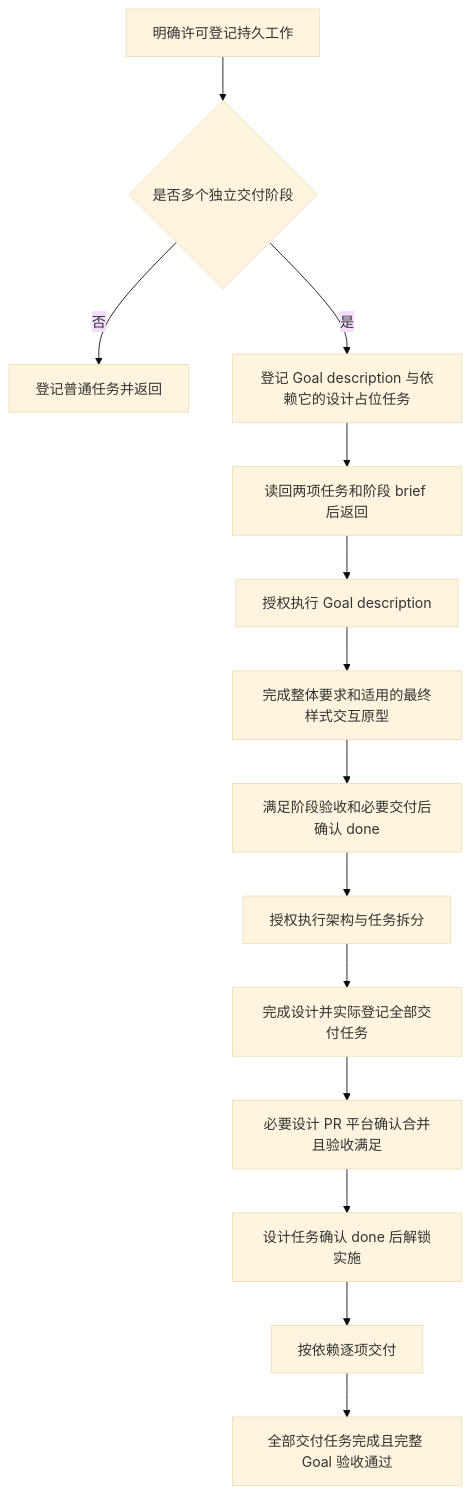
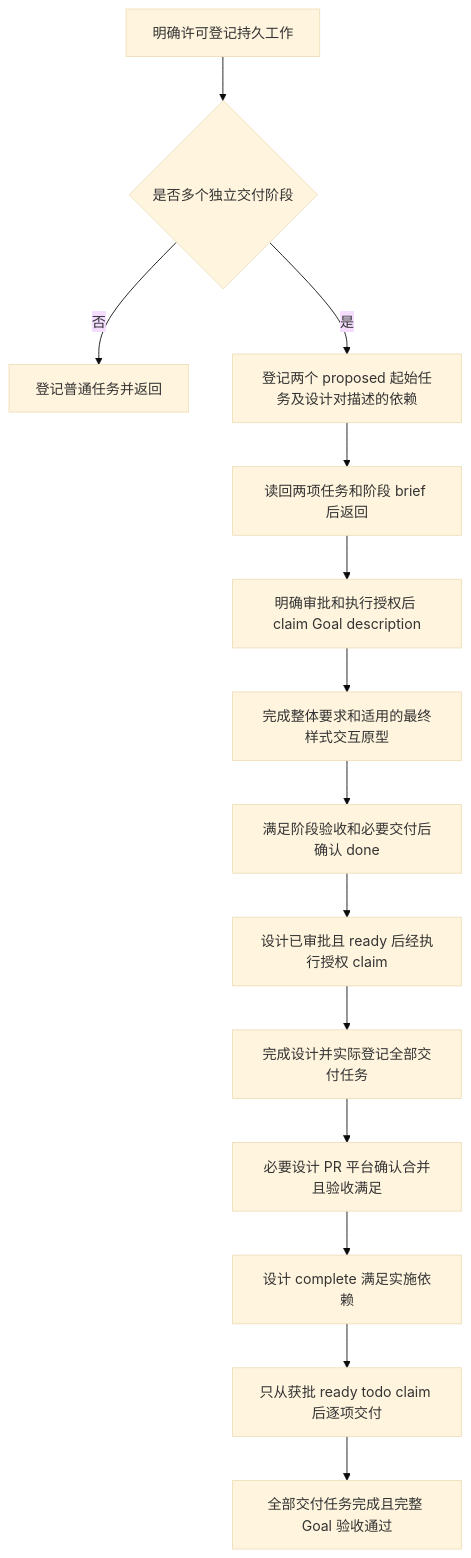
One commit to codetreker/day-night changed the diagram in docs/design/daynight-goal-workflow.md. Above: the diagram before and after it, drawn with Mermaid (base theme). The commit also changed other lines of this file and 140 other files, not shown here.

````diff
--- a/docs/design/daynight-goal-workflow.md
+++ b/docs/design/daynight-goal-workflow.md
@@ -44,16 +44,16 @@
 ```mermaid
 flowchart TD
     A[明确许可登记持久工作] --> B{是否多个独立交付阶段}
     B -->|否| O[登记普通任务并返回]
-    B -->|是| C[登记 Goal description 与依赖它的设计占位任务]
+    B -->|是| C[登记两个 proposed 起始任务及设计对描述的依赖]
     C --> R[读回两项任务和阶段 brief 后返回]
-    R --> D[授权执行 Goal description]
+    R --> D[明确审批和执行授权后 claim Goal description]
     D --> E[完成整体要求和适用的最终样式交互原型]
     E --> F[满足阶段验收和必要交付后确认 done]
-    F --> G[授权执行架构与任务拆分]
+    F --> G[设计已审批且 ready 后经执行授权 claim]
     G --> H[完成设计并实际登记全部交付任务]
     H --> I[必要设计 PR 平台确认合并且验收满足]
-    I --> J[设计任务确认 done 后解锁实施]
-    J --> K[按依赖逐项交付]
+    I --> J[设计 complete 满足实施依赖]
+    J --> K[只从获批 ready todo claim 后逐项交付]
     K --> L[全部交付任务完成且完整 Goal 验收通过]
 ```
````
